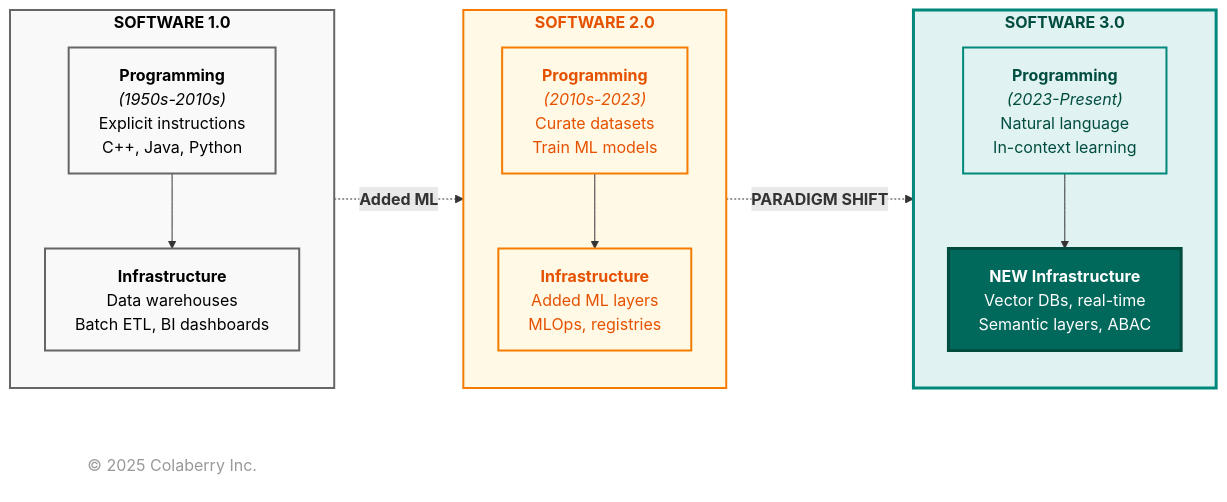
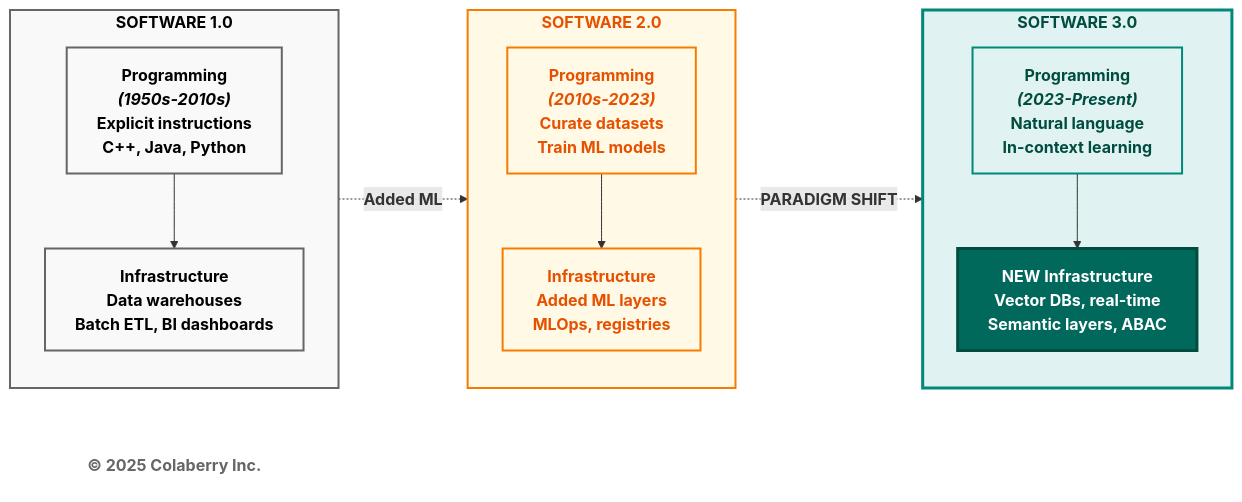
One commit to colaberry/enterprise-data-readiness-ai-agents changed the first of 18 diagrams in chapter-01/chapter_1_complete.md. Above: the diagram before and after it, drawn with Mermaid. The commit also changed other lines of this file and 1 other file, not shown here.

First line of the commit message:
chapter 1 diagrams updated to mermaid codex

````diff
--- a/chapter-01/chapter_1_complete.md
+++ b/chapter-01/chapter_1_complete.md
@@ -142,44 +142,44 @@
 ```mermaid
 graph LR
     subgraph sw1["<b>SOFTWARE 1.0</b>"]
         direction TB
-        prog1["<b>Programming</b><br/><i>(1950s-2010s)</i><br/>Explicit instructions<br/>C++, Java, Python"]
-        infra1["<b>Infrastructure</b><br/>Data warehouses<br/>Batch ETL, BI dashboards"]
+        prog1["<b>Programming</b><br/><b><i>(1950s-2010s)</i></b><br/><b>Explicit instructions</b><br/><b>C++, Java, Python</b>"]
+        infra1["<b>Infrastructure</b><br/><b>Data warehouses</b><br/><b>Batch ETL, BI dashboards</b>"]
         prog1 --> infra1
     end
 
     subgraph sw2["<b>SOFTWARE 2.0</b>"]
         direction TB
-        prog2["<b>Programming</b><br/><i>(2010s-2023)</i><br/>Curate datasets<br/>Train ML models"]
-        infra2["<b>Infrastructure</b><br/>Added ML layers<br/>MLOps, registries"]
+        prog2["<b>Programming</b><br/><b><i>(2010s-2023)</i></b><br/><b>Curate datasets</b><br/><b>Train ML models</b>"]
+        infra2["<b>Infrastructure</b><br/><b>Added ML layers</b><br/><b>MLOps, registries</b>"]
         prog2 --> infra2
     end
 
     subgraph sw3["<b>SOFTWARE 3.0</b>"]
         direction TB
-        prog3["<b>Programming</b><br/><i>(2023-Present)</i><br/>Natural language<br/>In-context learning"]
-        infra3["<b>NEW Infrastructure</b><br/>Vector DBs, real-time<br/>Semantic layers, ABAC"]
+        prog3["<b>Programming</b><br/><b><i>(2023-Present)</i></b><br/><b>Natural language</b><br/><b>In-context learning</b>"]
+        infra3["<b>NEW Infrastructure</b><br/><b>Vector DBs, real-time</b><br/><b>Semantic layers, ABAC</b>"]
         prog3 --> infra3
     end
 
     sw1 -.->|"<b>Added ML</b>"| sw2
     sw2 -.->|"<b>PARADIGM SHIFT</b>"| sw3
 
     %% Link styling
 
     style sw1 fill:#f9f9f9,stroke:#666666,stroke-width:2px,color:#000000
     style sw2 fill:#fff9e6,stroke:#f57c00,stroke-width:2px,color:#e65100
     style sw3 fill:#e0f2f1,stroke:#00897b,stroke-width:3px,color:#004d40
     style prog1 fill:#f9f9f9,stroke:#666666,stroke-width:2px,color:#000000
     style infra1 fill:#f9f9f9,stroke:#666666,stroke-width:2px,color:#000000
     style prog2 fill:#fff9e6,stroke:#f57c00,stroke-width:2px,color:#e65100
     style infra2 fill:#fff9e6,stroke:#f57c00,stroke-width:2px,color:#e65100
     style prog3 fill:#e0f2f1,stroke:#00897b,stroke-width:2px,color:#004d40
 
     %% Copyright Notice
-    CR["© 2025 Colaberry Inc."]
+    CR["<b>© 2025 Colaberry Inc.</b>"]
 
     style infra3 fill:#00695c,color:#ffffff,stroke:#004d40,stroke-width:3px
-    style CR fill:none,stroke:none,color:#999999
+    style CR fill:#ffffff,stroke:none,color:#666666
 
 ```
````
